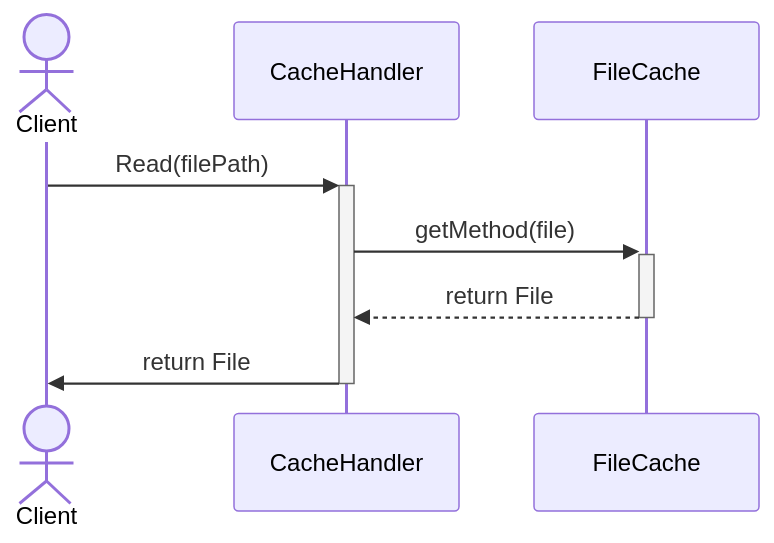
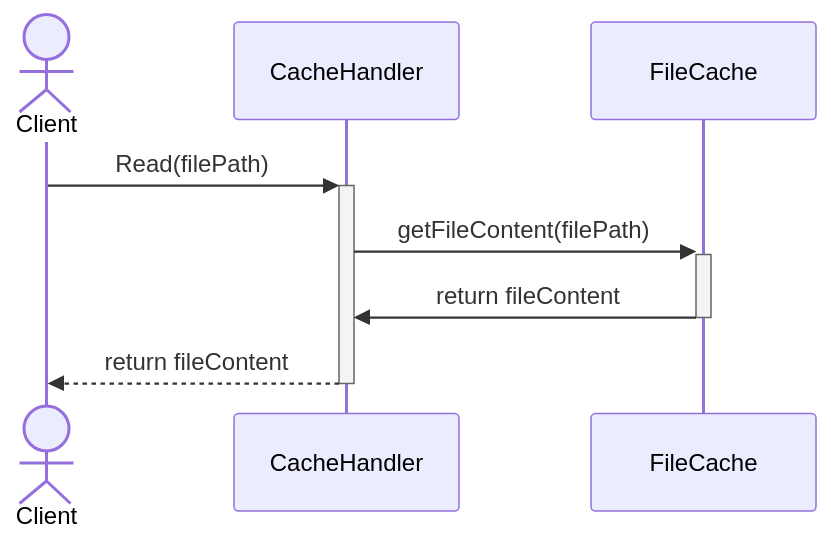
Before and after one commit to kaitokimuraofficial/distributed-file-systems: the second of 3 diagrams in design/sequence.md, drawn with Mermaid. The commit also changed other lines of this file, not shown here.

Commit message:
rewrite sequence

````diff
--- a/design/sequence.md
+++ b/design/sequence.md
@@ -23,12 +18,12 @@
 ```mermaid
 sequenceDiagram
 
   actor C as Client
-  participant CE as CacheHandler
+  participant CH as CacheHandler
   participant FC as FileCache
 
-  C->>+CE: Read(filePath)
-  CE->>+FC: getMethod(file)
-  FC-->>-CE: return File
-  CE->>-C:  return File
+  C->>+CH: Read(filePath)
+  CH->>+FC: getFileContent(filePath)
+  FC->>-CH: return fileContent
+  CH-->>-C:  return fileContent
 ```
````
